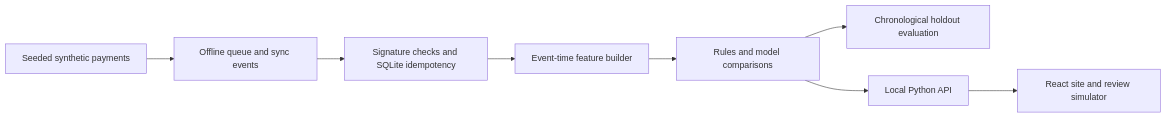
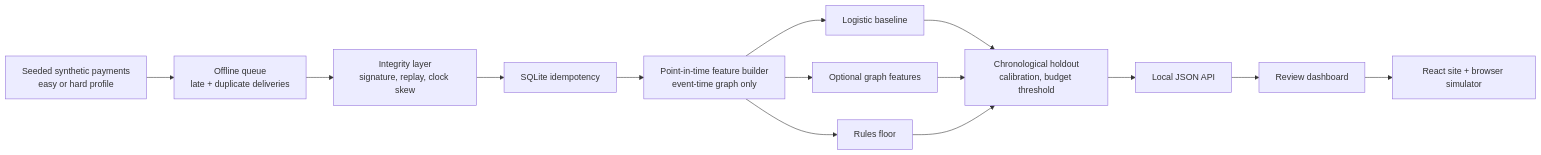
One commit to nihalmachhi/MeshShield changed the diagram in README.md. Above: the diagram before and after it, drawn with Mermaid. The commit also changed other lines of this file and 3 other files, not shown here.

````diff
--- a/README.md
+++ b/README.md
@@ -36,10 +105,16 @@
 ```mermaid
 flowchart LR
-  A[Seeded synthetic payments] --> B[Offline queue and sync events]
-  B --> C[Signature checks and SQLite idempotency]
-  C --> D[Event-time feature builder]
-  D --> E[Rules and model comparisons]
-  E --> F[Chronological holdout evaluation]
-  E --> G[Local Python API]
-  G --> H[React site and review simulator]
+  A[Seeded synthetic payments<br/>easy or hard profile] --> B[Offline queue<br/>late + duplicate deliveries]
+  B --> C[Integrity layer<br/>signature, replay, clock skew]
+  C --> D[SQLite idempotency]
+  D --> E[Point-in-time feature builder<br/>event-time graph only]
+  E --> F[Rules floor]
+  E --> G[Logistic baseline]
+  E --> H[Optional graph features]
+  G --> I[Chronological holdout<br/>calibration, budget threshold]
+  H --> I
+  F --> I
+  I --> J[Local JSON API]
+  J --> K[Review dashboard]
+  K --> L[React site + browser simulator]
 ```
````
